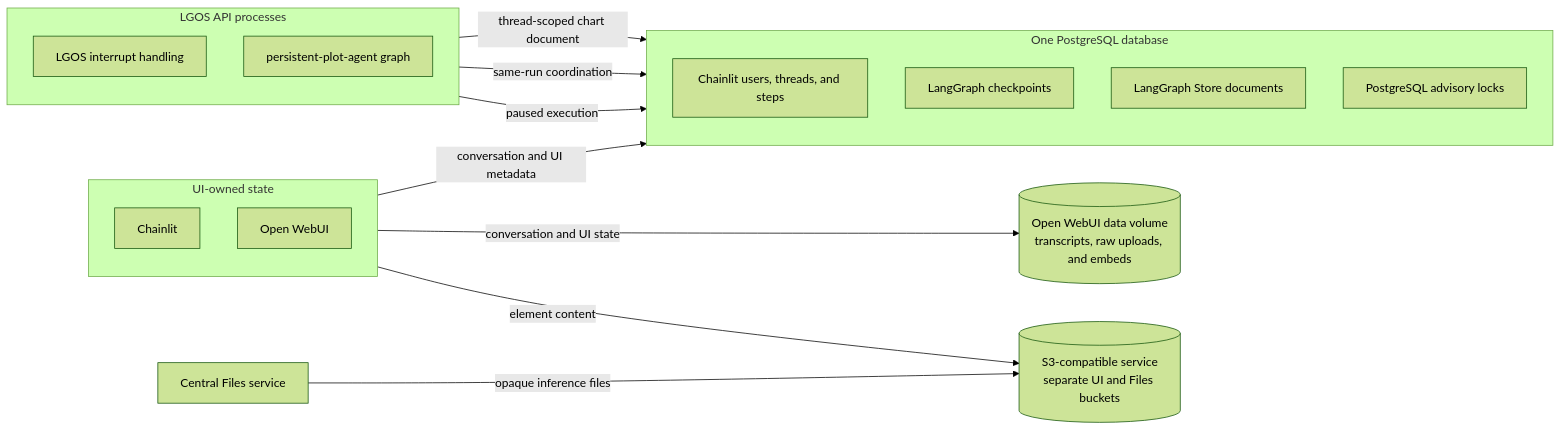
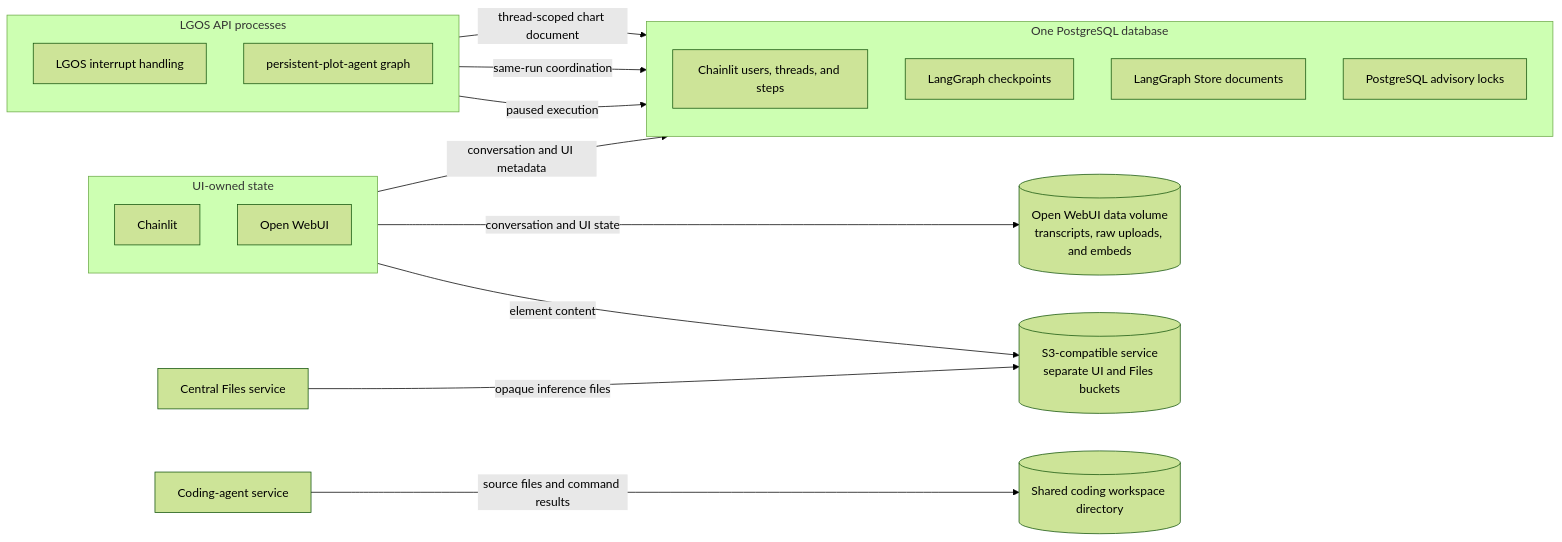
The second of 2 diagrams in docs/demo/architecture.md (ilkersigirci/langgraph-openai-serve), drawn with Mermaid (forest theme) before and after one commit. The commit also changed other lines of this file and 38 other files, not shown here.

First line of the commit message:
feat: coding agent graph

````diff
--- a/docs/demo/architecture.md
+++ b/docs/demo/architecture.md
@@ -135,34 +141,37 @@
 ```mermaid
 flowchart LR
   subgraph clients["UI-owned state"]
     direction TB
     chainlit["Chainlit"]
     openwebui["Open WebUI"]
   end
 
   subgraph api["LGOS API processes"]
     direction TB
     interrupts["LGOS interrupt handling"]
     plot["persistent-plot-agent graph"]
   end
 
   subgraph postgres["One PostgreSQL database"]
     direction TB
     chainlit_rows["Chainlit users, threads, and steps"]
     checkpoints["LangGraph checkpoints"]
     store["LangGraph Store documents"]
     locks["PostgreSQL advisory locks"]
   end
 
+  coding["Coding-agent service"]
+  workspace[("Shared coding workspace directory")]
   files_service["Central Files service"]
   s3[("S3-compatible service<br/>separate UI and Files buckets")]
   openwebui_data[("Open WebUI data volume<br/>transcripts, raw uploads, and embeds")]
 
+  coding -->|"source files and command results"| workspace
   chainlit -->|"conversation and UI metadata"| chainlit_rows
   chainlit -->|"element content"| s3
   files_service -->|"opaque inference files"| s3
   openwebui -->|"conversation and UI state"| openwebui_data
   interrupts -->|"paused execution"| checkpoints
   interrupts -->|"same-run coordination"| locks
   plot -->|"thread-scoped chart document"| store
 ```
````
